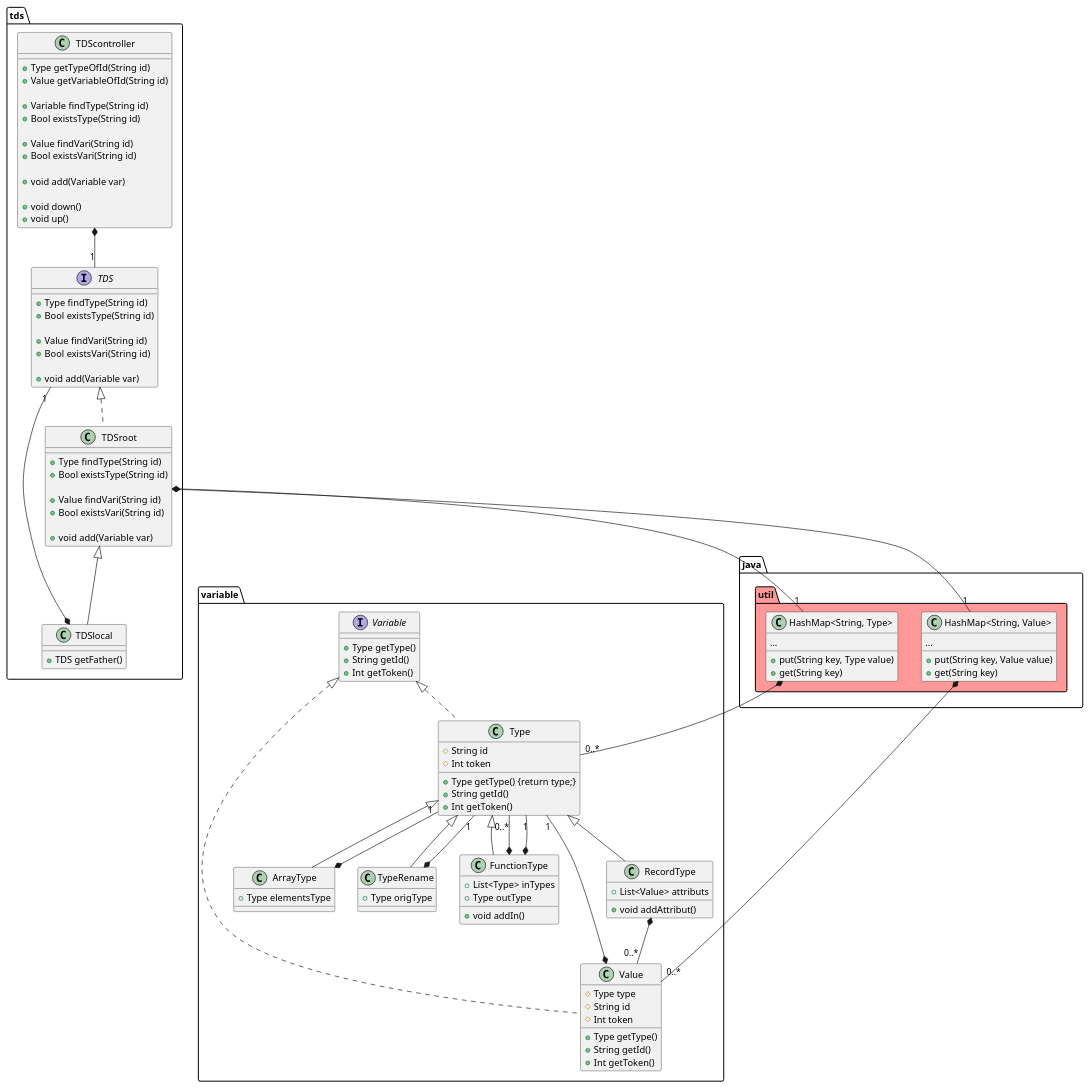
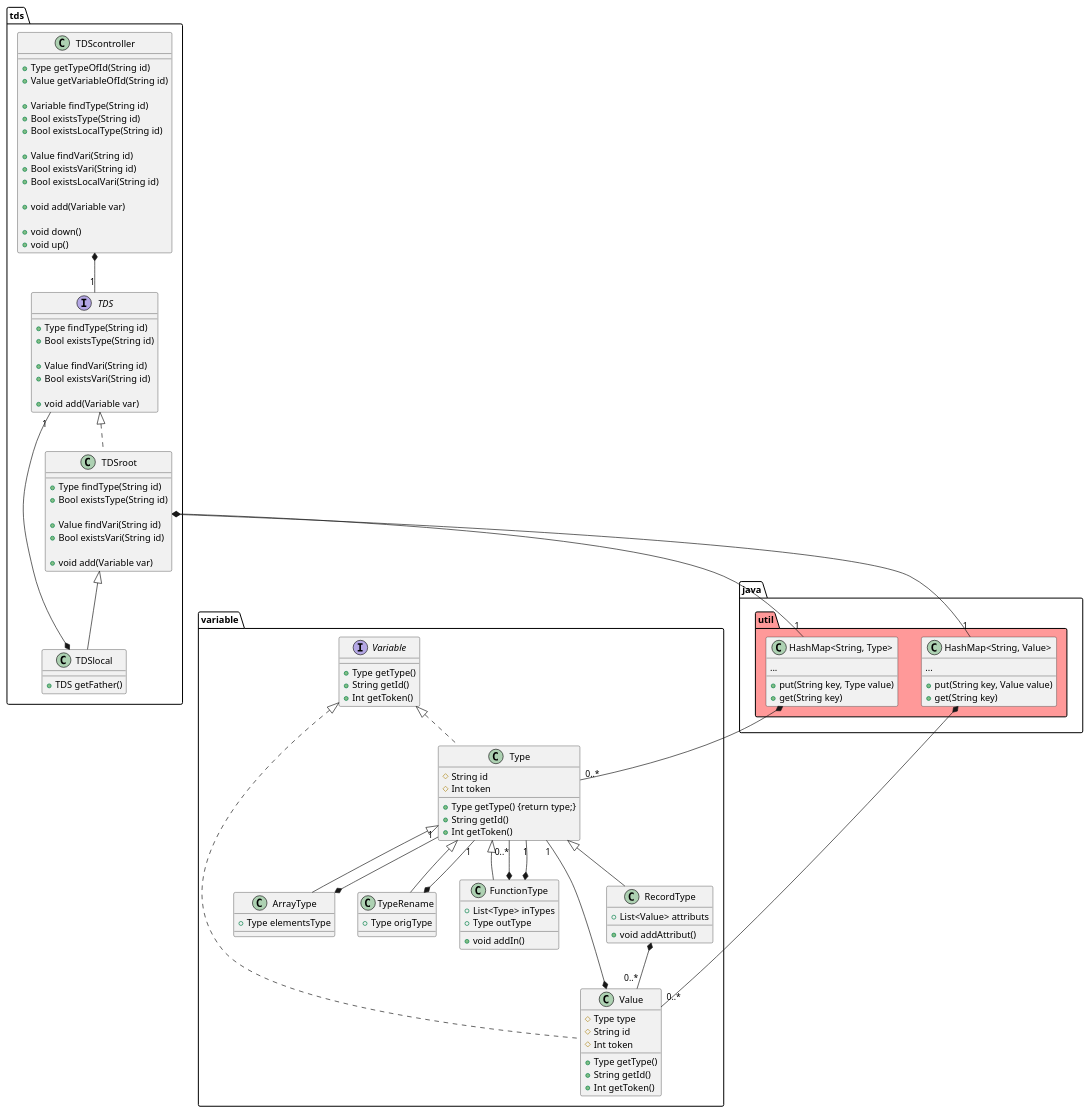
Before and after one commit to Tiger-compiler-team-2023/tiger-compiler: the diagram in AntlrMavenProject/chaoscompiler/src/main/java/eu/tn/chaoscompiler/tdstool/README.figures/TDS.puml, drawn with PlantUML. The commit also changed 2 other files, not shown here.

```diff
--- a/AntlrMavenProject/chaoscompiler/src/main/java/eu/tn/chaoscompiler/tdstool/README.figures/TDS.puml
+++ b/AntlrMavenProject/chaoscompiler/src/main/java/eu/tn/chaoscompiler/tdstool/README.figures/TDS.puml
@@ -1,118 +1,120 @@
 @startuml
 
 package tds {
 
   class TDScontroller {
     +Type getTypeOfId(String id)
     +Value getVariableOfId(String id)
 
     +Variable findType(String id)
     +Bool existsType(String id)
+    +Bool existsLocalType(String id)
 
     +Value findVari(String id)
     +Bool existsVari(String id)
+    +Bool existsLocalVari(String id)
 
     +void add(Variable var)
 
     +void down()
     +void up()
   }
 
   interface TDS {
     +Type findType(String id)
     +Bool existsType(String id)
 
     +Value findVari(String id)
     +Bool existsVari(String id)
 
     +void add(Variable var)
   }
 
   class TDSroot implements TDS {
     +Type findType(String id)
     +Bool existsType(String id)
 
     +Value findVari(String id)
     +Bool existsVari(String id)
     
     +void add(Variable var)
   }
 
   class TDSlocal extends TDSroot {
     +TDS getFather()
   }
 }
 
 package variable {
 
   Interface Variable {
     +Type getType()
     +String getId()
     +Int getToken()
   }
 
   class Type implements Variable {
     #String id
     #Int token
 
     +Type getType() {return type;}
     +String getId()
     +Int getToken()
   }
 
   class RecordType extends Type {
     +List<Value> attributs
     +void addAttribut()
   }
 
   class ArrayType extends Type {
     +Type elementsType
   }
 
   class TypeRename extends Type {
     +Type origType
   }
 
   class FunctionType extends Type {
     +List<Type> inTypes
     +Type outType
     +void addIn()
   }
 
   class Value implements Variable {
     #Type type
     #String id
     #Int token
 
     +Type getType()
     +String getId()
     +Int getToken()
   }
 }
 
 package java.util #ff9999 {
   class "HashMap<String, Type>" {
     ...
     +put(String key, Type value)
     +get(String key)
   }
   class "HashMap<String, Value>" {
     ...
     +put(String key, Value value)
     +get(String key)
   }
 }
 
 TDScontroller *--"1" TDS
 TDSlocal *--"1" TDS
 TDSroot *--"1" "HashMap<String, Type>"
 TDSroot *--"1" "HashMap<String, Value>"
 "HashMap<String, Type>" *--"0..*" Type
 "HashMap<String, Value>" *--"0..*" Value
 Value *--"1" Type
 RecordType *--"0..*" Value
 ArrayType *--"1" Type
 TypeRename *--"1" Type
 FunctionType *--"0..*" Type
 FunctionType *--"1" Type
 @enduml
```
